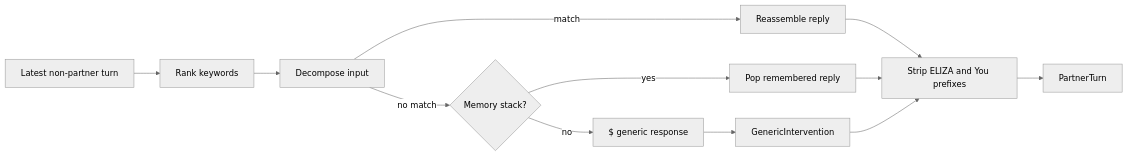
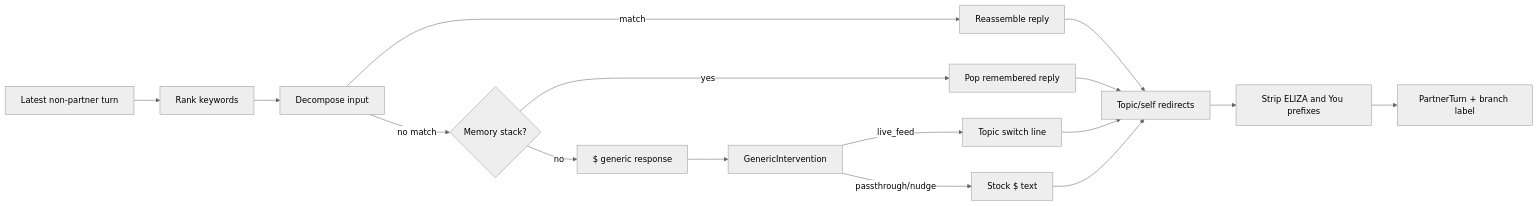
One commit to center-for-humans-and-machines/babel-ai changed the second of 2 diagrams in doc/architecture.md. Above: the diagram before and after it, drawn with Mermaid (neutral theme). The commit also changed other lines of this file and 40 other files, not shown here.

````diff
--- a/doc/architecture.md
+++ b/doc/architecture.md
@@ -36,14 +37,18 @@
 ```mermaid
 flowchart LR
   Input[Latest non-partner turn] --> Rank[Rank keywords]
   Rank --> Decompose[Decompose input]
   Decompose -->|match| Reassemble[Reassemble reply]
   Decompose -->|no match| Memory{Memory stack?}
   Memory -->|yes| Pop[Pop remembered reply]
   Memory -->|no| Generic["$ generic response"]
   Generic --> Hook[GenericIntervention]
-  Reassemble --> Clean[Strip ELIZA and You prefixes]
-  Pop --> Clean
-  Hook --> Clean
-  Clean --> Partner[PartnerTurn]
+  Hook -->|live_feed| TopicSwitch[Topic switch line]
+  Hook -->|passthrough/nudge| Stock[Stock $ text]
+  Reassemble --> Redirect[Topic/self redirects]
+  Pop --> Redirect
+  TopicSwitch --> Redirect
+  Stock --> Redirect
+  Redirect --> Clean[Strip ELIZA and You prefixes]
+  Clean --> Partner[PartnerTurn + branch label]
 ```
````
